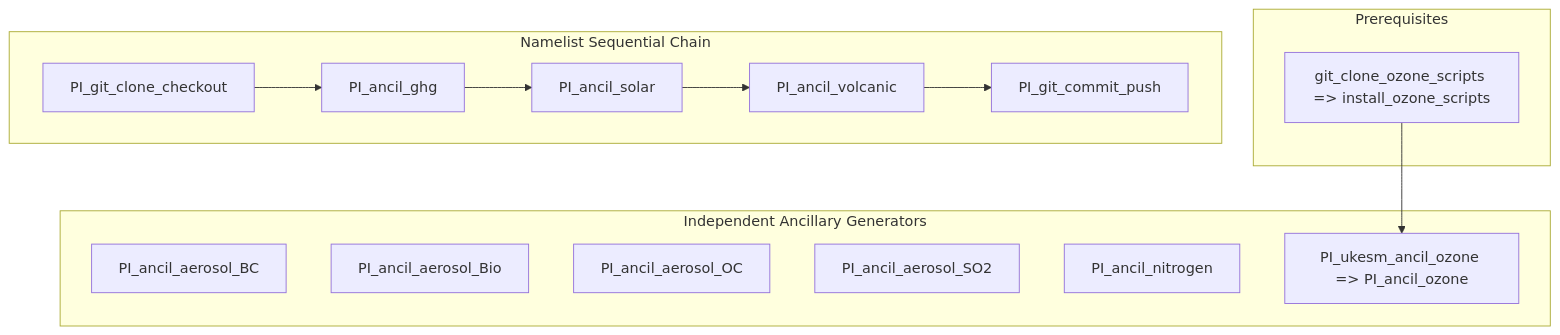
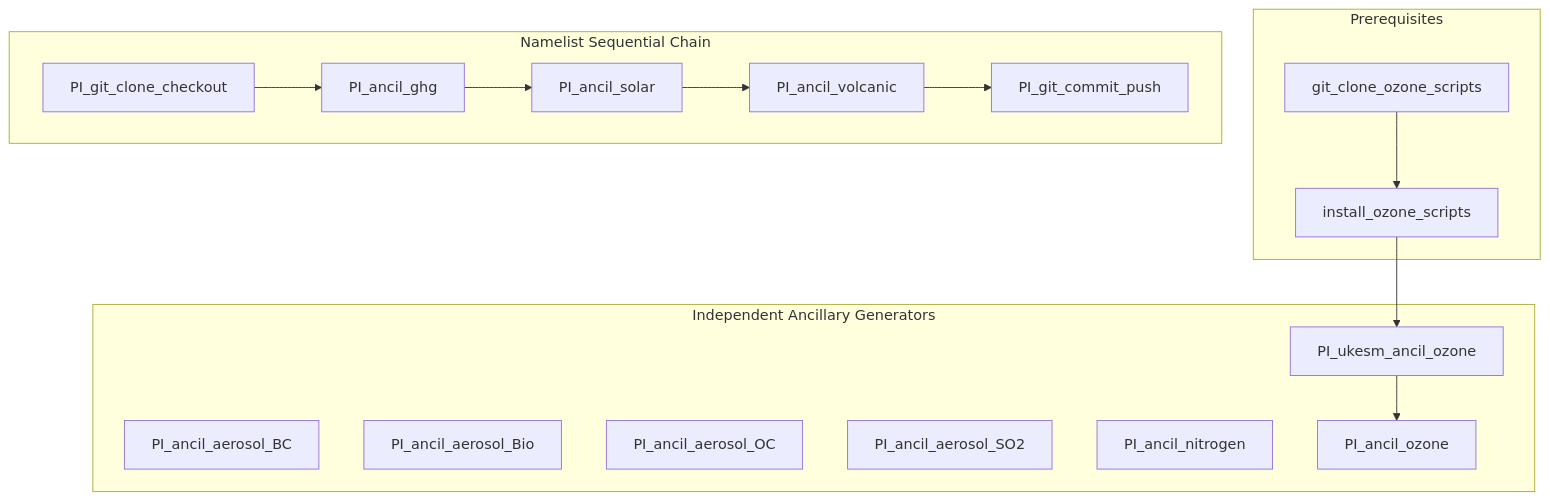
Before and after one commit to ACCESS-NRI/CMIP7-Input: the diagram in documentation/docs/pages/experiments/pre_industrial.md, drawn with Mermaid. The commit also changed other lines of this file and 19 other files, not shown here.

Commit message:
Fixed markdown formatting and mermaid rendering

````diff
--- a/documentation/docs/pages/experiments/pre_industrial.md
+++ b/documentation/docs/pages/experiments/pre_industrial.md
@@ -57,24 +59,24 @@
 ```mermaid
 graph TD
     subgraph PreReqs["Prerequisites"]
-        OzoneSetup["git_clone_ozone_scripts => install_ozone_scripts"]
+        O3Clone["git_clone_ozone_scripts"] --> O3Install["install_ozone_scripts"]
     end
 
     subgraph ParallelAncils["Independent Ancillary Generators"]
         BC["PI_ancil_aerosol_BC"]
         Bio["PI_ancil_aerosol_Bio"]
         OC["PI_ancil_aerosol_OC"]
         SO2["PI_ancil_aerosol_SO2"]
         Ndep["PI_ancil_nitrogen"]
-        O3["PI_ukesm_ancil_ozone => PI_ancil_ozone"]
+        O3Stage1["PI_ukesm_ancil_ozone"] --> O3Stage2["PI_ancil_ozone"]
     end
 
     subgraph SerialNamelists["Namelist Sequential Chain"]
         Clone["PI_git_clone_checkout"] --> GHG["PI_ancil_ghg"]
         GHG --> Solar["PI_ancil_solar"]
         Solar --> Volc["PI_ancil_volcanic"]
         Volc --> Commit["PI_git_commit_push"]
     end
 
-    OzoneSetup --> O3
+    O3Install --> O3Stage1
 ```
````
